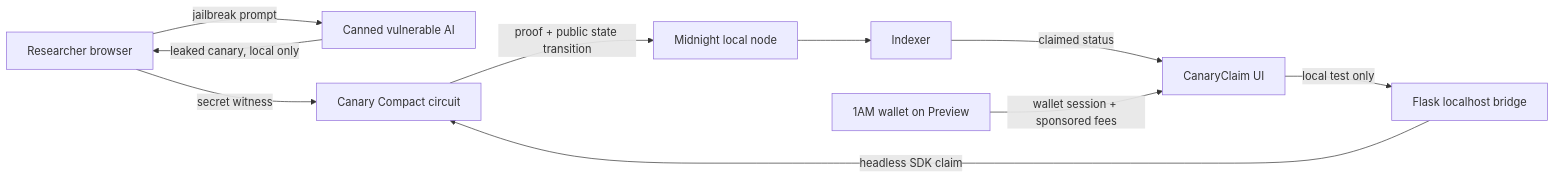
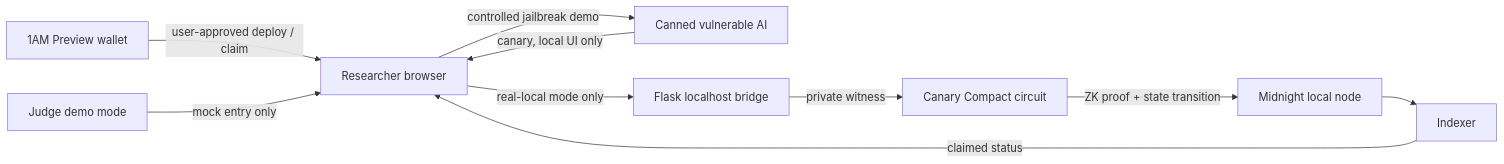
Before and after one commit to Utpal-Kalita/CanaryClaim: the diagram in canaryClaim/README.md, drawn with Mermaid. The commit also changed other lines of this file and 7 other files, not shown here.

Commit message:
Refine CanaryClaim demo flow and local claim handling

````diff
--- a/canaryClaim/README.md
+++ b/canaryClaim/README.md
@@ -37,12 +62,12 @@
 ```mermaid
 flowchart LR
-  R[Researcher browser] -->|jailbreak prompt| AI[Canned vulnerable AI]
-  AI -->|leaked canary, local only| R
-  R -->|secret witness| ZK[Canary Compact circuit]
-  ZK -->|proof + public state transition| M[Midnight local node]
-  M --> I[Indexer]
-  I -->|claimed status| UI[CanaryClaim UI]
-  W[1AM wallet on Preview] -->|wallet session + sponsored fees| UI
-  UI -->|local test only| B[Flask localhost bridge]
-  B -->|headless SDK claim| ZK
+  R[Researcher browser] -->|controlled jailbreak demo| AI[Canned vulnerable AI]
+  AI -->|canary, local UI only| R
+  R -->|real-local mode only| B[Flask localhost bridge]
+  B -->|private witness| C[Canary Compact circuit]
+  C -->|ZK proof + state transition| N[Midnight local node]
+  N --> I[Indexer]
+  I -->|claimed status| R
+  W[1AM Preview wallet] -->|user-approved deploy / claim| R
+  D[Judge demo mode] -->|mock entry only| R
 ```
````
